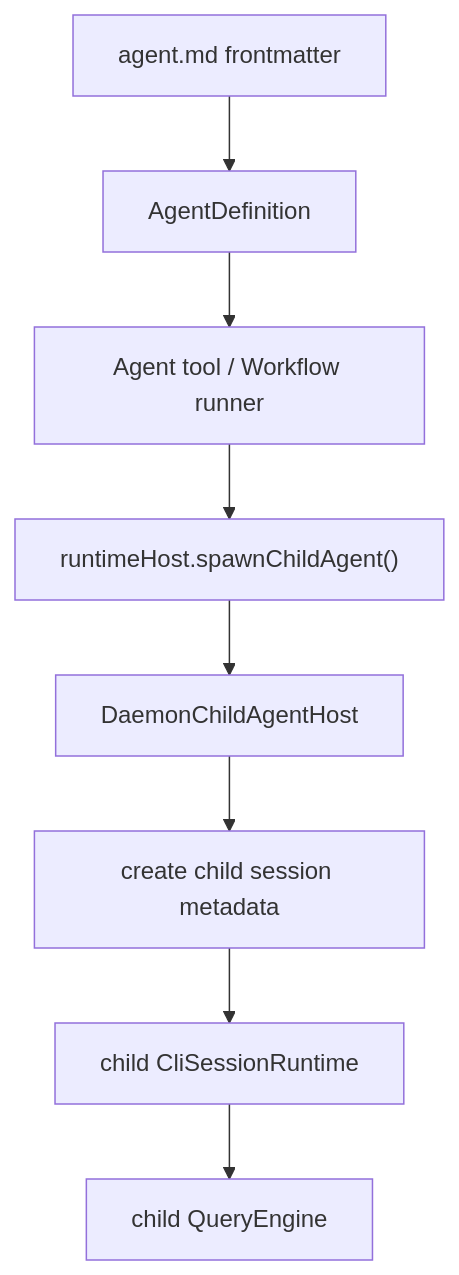
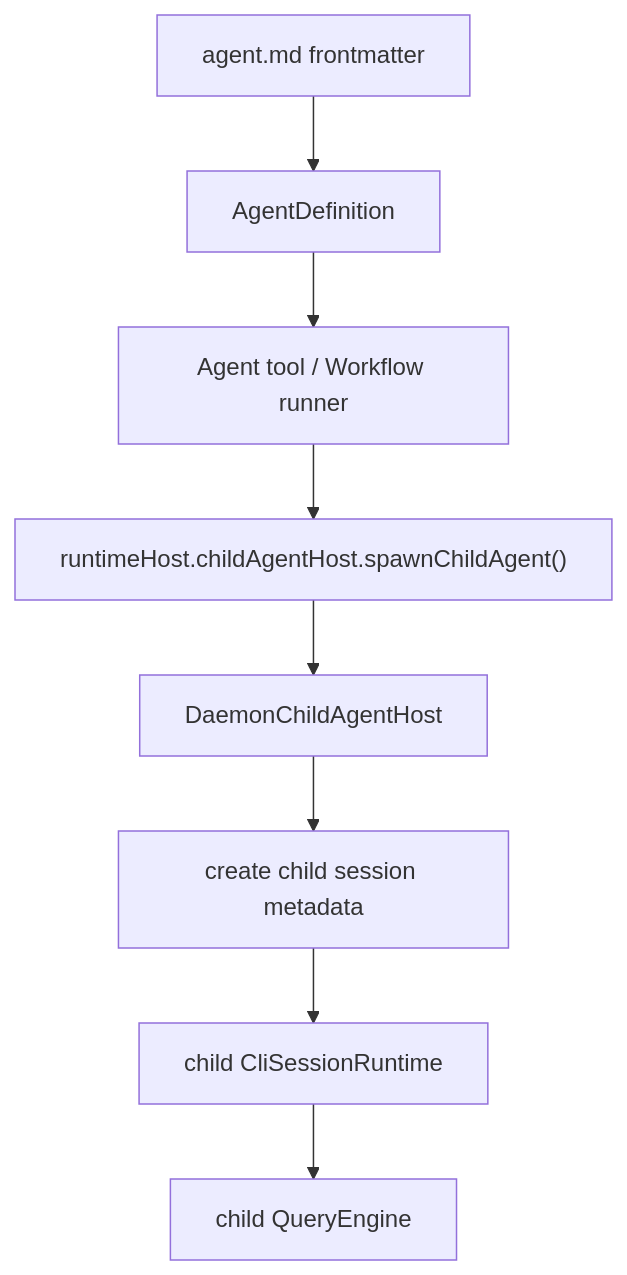
One commit to rzx007/openharness-ts changed the diagram in docs/coordinator-agents-design.md. Above: the diagram before and after it, drawn with Mermaid. The commit also changed 9 other files, not shown here.

Commit message:
docs(agent): document optional child host capability

````diff
--- a/docs/coordinator-agents-design.md
+++ b/docs/coordinator-agents-design.md
@@ -59,10 +59,10 @@
 ```mermaid
 flowchart TD
   md["agent.md frontmatter"] --> def["AgentDefinition"]
   def --> agentTool["Agent tool / Workflow runner"]
-  agentTool --> host["runtimeHost.spawnChildAgent()"]
+  agentTool --> host["runtimeHost.childAgentHost.spawnChildAgent()"]
   host --> daemon["DaemonChildAgentHost"]
   daemon --> child["create child session metadata"]
   child --> runtime["child CliSessionRuntime"]
   runtime --> qe["child QueryEngine"]
 ```
````
